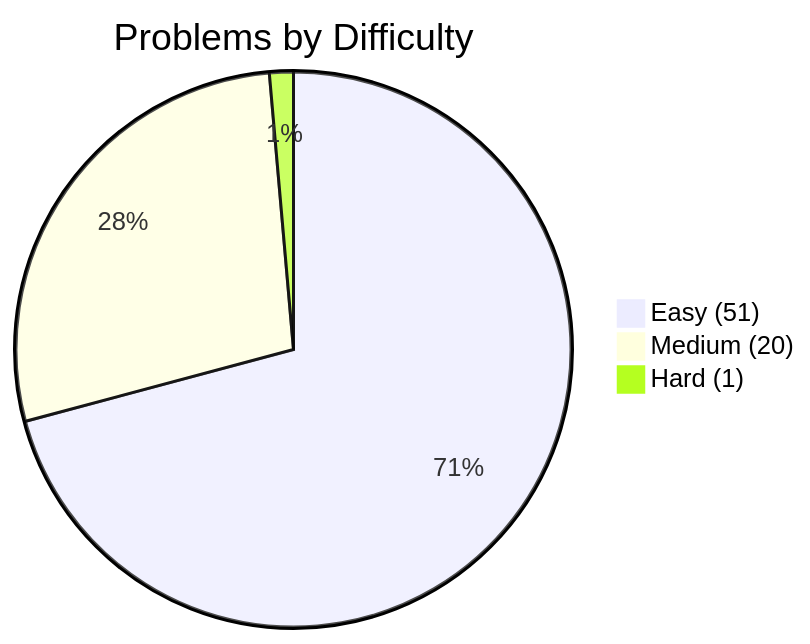
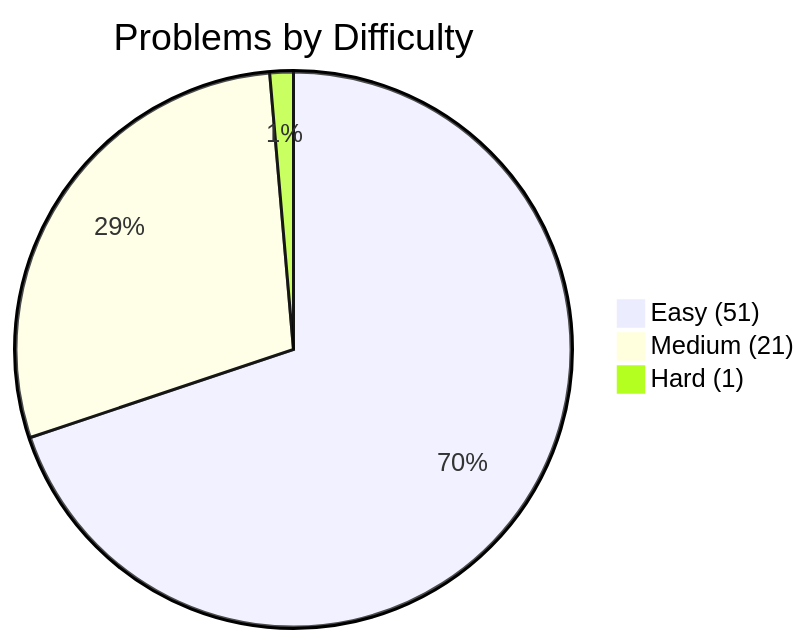
Before and after one commit to kanishk-procoder/leetcode-grind: the first of 2 diagrams in PROGRESS.md, drawn with Mermaid. The commit also changed other lines of this file and 4 other files, not shown here.

````diff
--- a/PROGRESS.md
+++ b/PROGRESS.md
@@ -5,6 +5,6 @@
 ```mermaid
 pie title Problems by Difficulty
     "Easy (51)" : 51
-    "Medium (20)" : 20
+    "Medium (21)" : 21
     "Hard (1)" : 1
 ```
````
